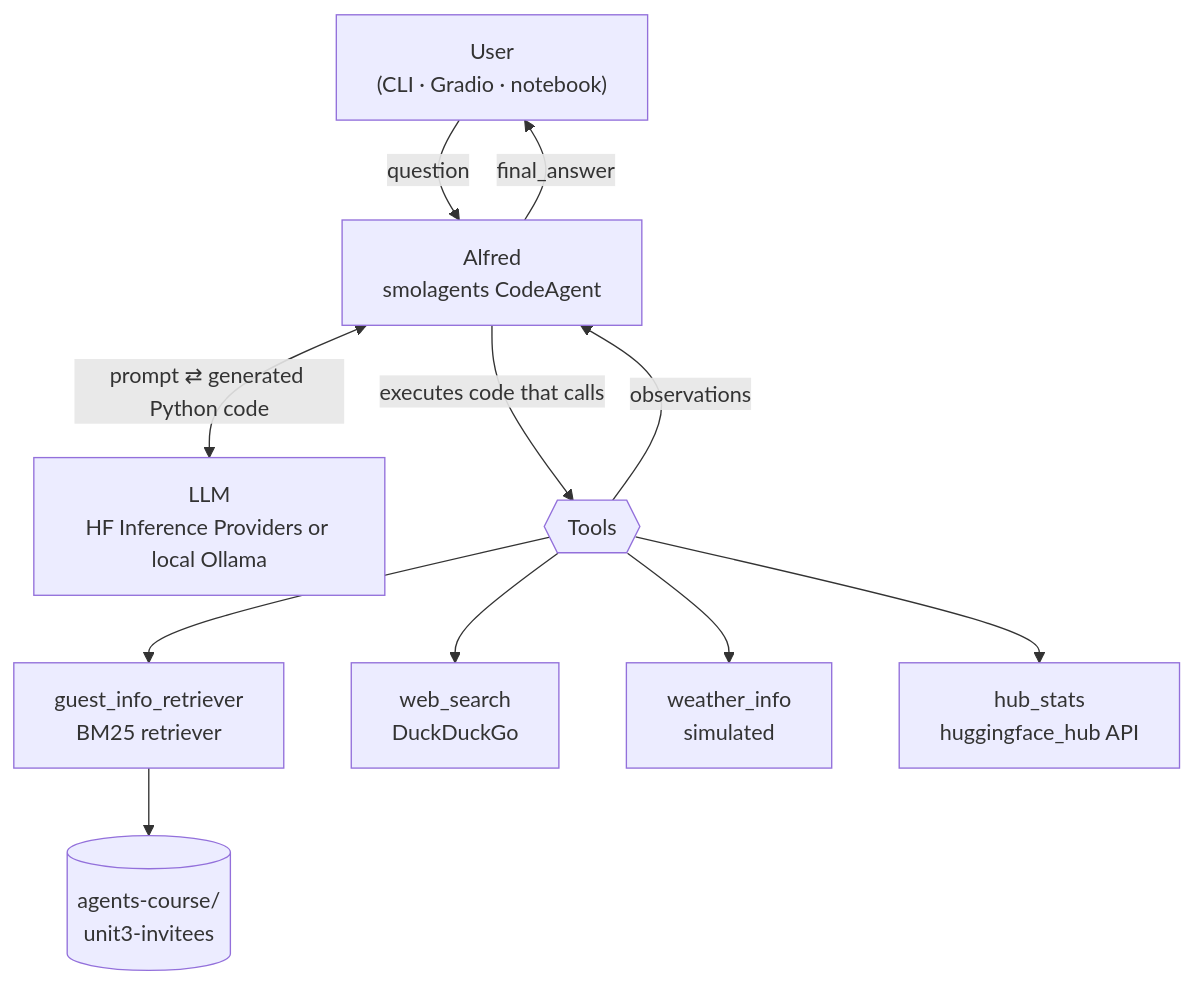
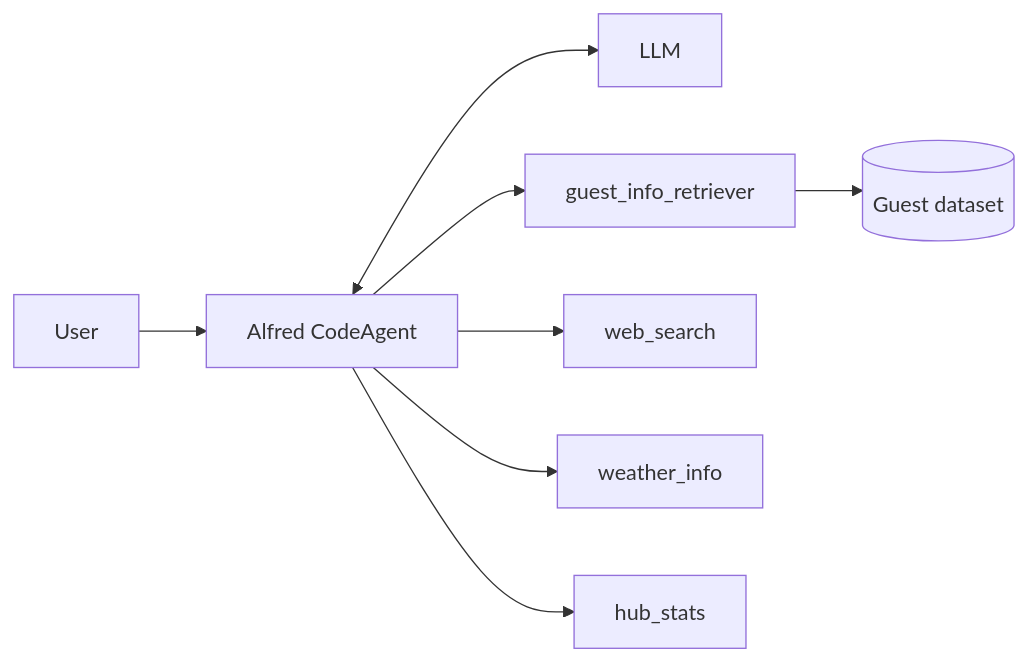
Before and after one commit to Jhuliani-H/alfred-gala-agent: the diagram in README.md, drawn with Mermaid. The commit also changed other lines of this file and 2 other files, not shown here.

````diff
--- a/README.md
+++ b/README.md
@@ -16,13 +16,9 @@
 ```mermaid
-flowchart TD
-    U["User<br/>(CLI · Gradio · notebook)"] -->|question| A["Alfred<br/>smolagents CodeAgent"]
-    A <-->|"prompt ⇄ generated Python code"| M["LLM<br/>HF Inference Providers or local Ollama"]
-    A -->|executes code that calls| T{{Tools}}
-    T --> G["guest_info_retriever<br/>BM25 retriever"]
-    T --> S["web_search<br/>DuckDuckGo"]
-    T --> W["weather_info<br/>simulated"]
-    T --> H["hub_stats<br/>huggingface_hub API"]
-    G --> D[("agents-course/<br/>unit3-invitees")]
-    T -->|observations| A
-    A -->|final_answer| U
+flowchart LR
+    U[User] --> A[Alfred CodeAgent]
+    A <--> M[LLM]
+    A --> G[guest_info_retriever] --> D[(Guest dataset)]
+    A --> S[web_search]
+    A --> W[weather_info]
+    A --> H[hub_stats]
 ```
````
